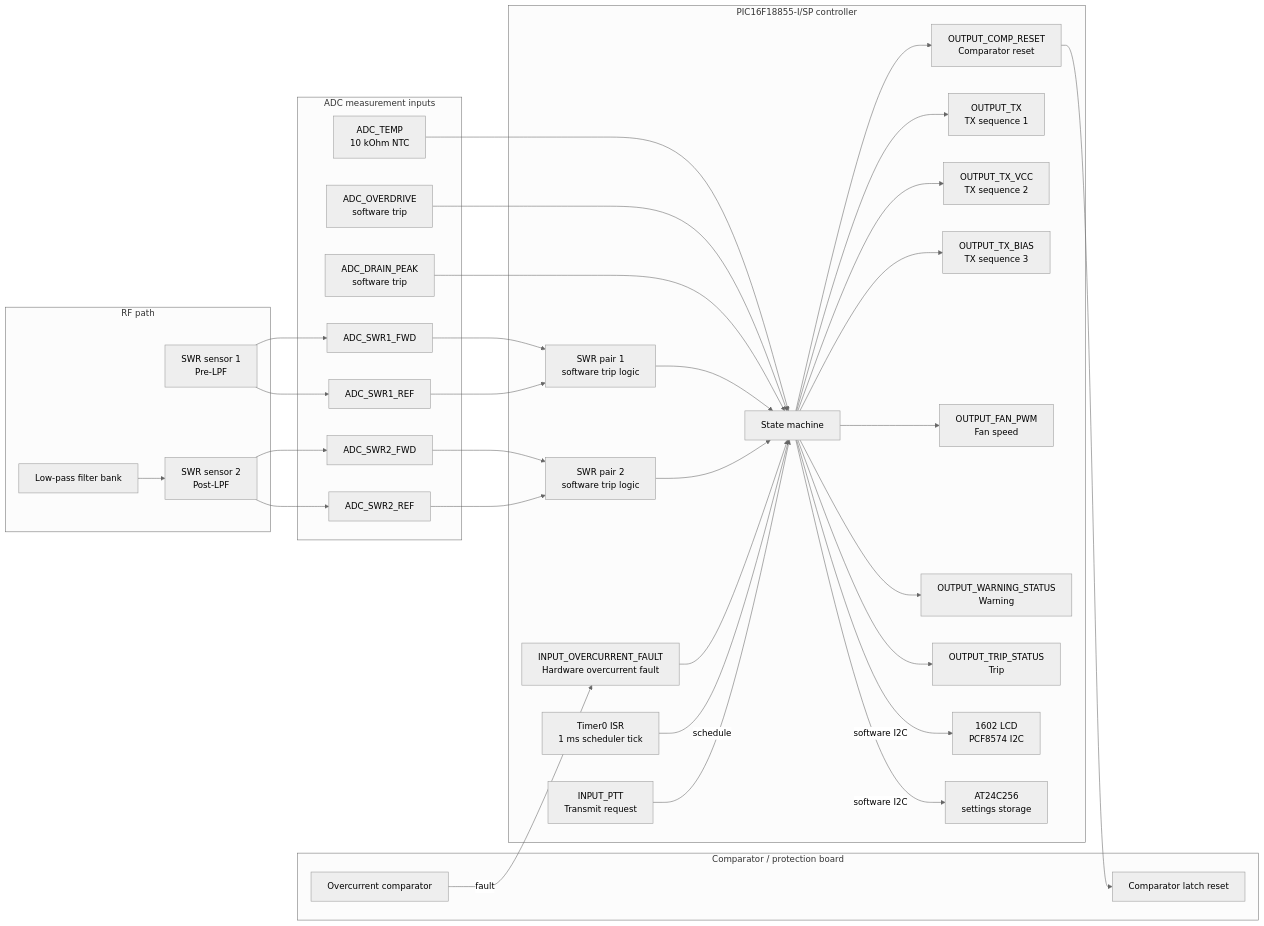
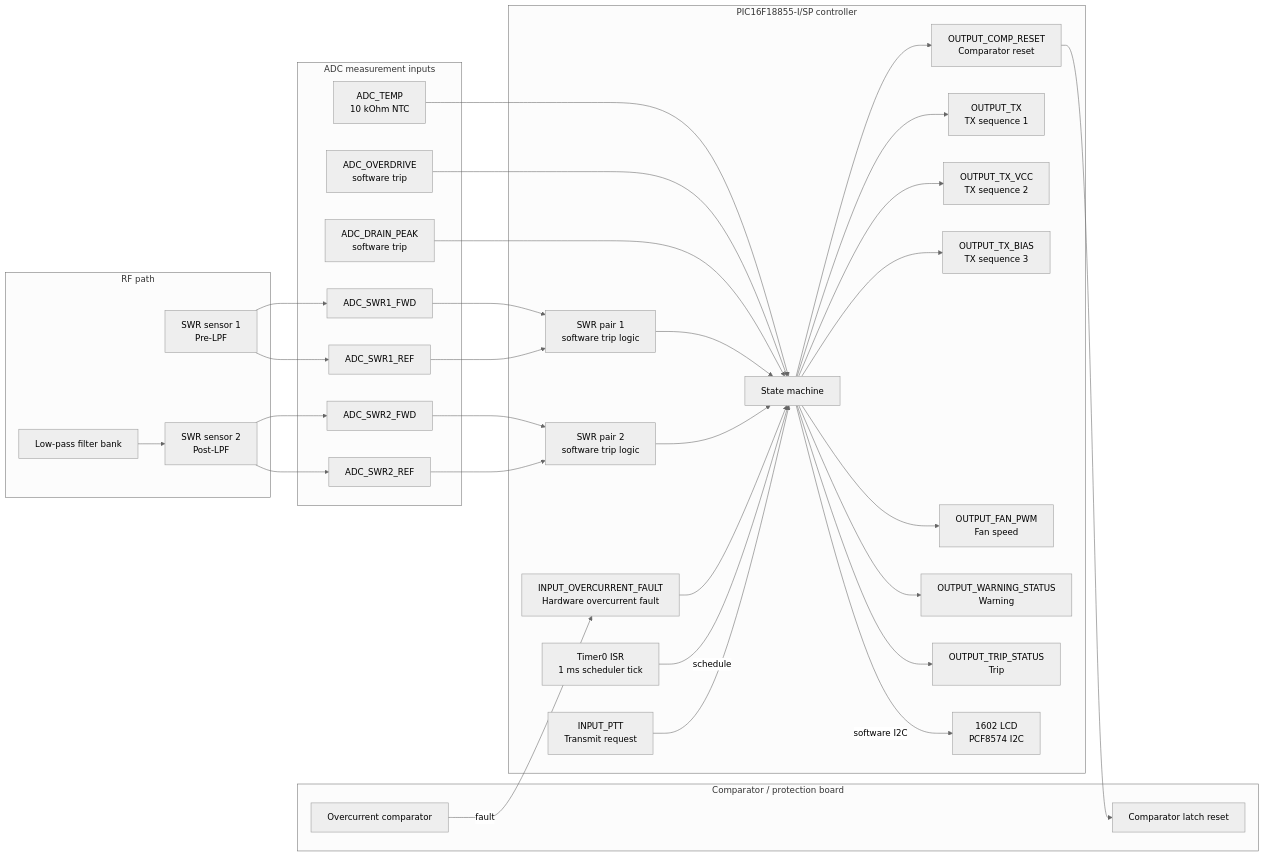
One commit to sjk7/PicAmpControl changed the diagram in README.md. Above: the diagram before and after it, drawn with Mermaid (neutral theme). The commit also changed other lines of this file and 13 other files, not shown here.

````diff
--- a/README.md
+++ b/README.md
@@ -42,73 +42,71 @@
 ```mermaid
 flowchart LR
     subgraph RF["RF path"]
         PRE["SWR sensor 1\nPre-LPF"]
         FILTER["Low-pass filter bank"]
         POST["SWR sensor 2\nPost-LPF"]
     end
 
     subgraph ADC["ADC measurement inputs"]
         PRE_FWD["ADC_SWR1_FWD"]
         PRE_REF["ADC_SWR1_REF"]
         POST_FWD["ADC_SWR2_FWD"]
         POST_REF["ADC_SWR2_REF"]
         TEMP["ADC_TEMP\n10 kOhm NTC"]
         OVERDRIVE["ADC_OVERDRIVE\nsoftware trip"]
         DRAIN_ADC["ADC_DRAIN_PEAK\nsoftware trip"]
     end
 
     subgraph ComparatorBoard["Comparator / protection board"]
         OC["Overcurrent comparator"]
         COMP_RESET["Comparator latch reset"]
     end
 
     subgraph MCU["PIC16F18855-I/SP controller"]
         PTT["INPUT_PTT\nTransmit request"]
         RESET["OUTPUT_COMP_RESET\nComparator reset"]
         HARD["INPUT_OVERCURRENT_FAULT\nHardware overcurrent fault"]
         TICK["Timer0 ISR\n1 ms scheduler tick"]
         STATE["State machine"]
         SWR1["SWR pair 1\nsoftware trip logic"]
         SWR2["SWR pair 2\nsoftware trip logic"]
         TX["OUTPUT_TX\nTX sequence 1"]
         TXVCC["OUTPUT_TX_VCC\nTX sequence 2"]
         TXBIAS["OUTPUT_TX_BIAS\nTX sequence 3"]
         FAN["OUTPUT_FAN_PWM\nFan speed"]
         WARN["OUTPUT_WARNING_STATUS\nWarning"]
         TRIP["OUTPUT_TRIP_STATUS\nTrip"]
         LCD["1602 LCD\nPCF8574 I2C"]
-        EEPROM["AT24C256\nsettings storage"]
     end
 
     PRE --> PRE_FWD
     PRE --> PRE_REF
     FILTER --> POST
     POST --> POST_FWD
     POST --> POST_REF
 
     PRE_FWD --> SWR1
     PRE_REF --> SWR1
     POST_FWD --> SWR2
     POST_REF --> SWR2
     TEMP --> STATE
     OVERDRIVE --> STATE
     DRAIN_ADC --> STATE
 
     SWR1 --> STATE
     SWR2 --> STATE
     OC -->|fault| HARD
     HARD --> STATE
     TICK -->|schedule| STATE
 
     PTT --> STATE
     STATE --> RESET
     RESET --> COMP_RESET
     STATE --> TX
     STATE --> TXVCC
     STATE --> TXBIAS
     STATE --> FAN
     STATE --> WARN
     STATE --> TRIP
     STATE -->|software I2C| LCD
-    STATE -->|software I2C| EEPROM
 ```
````
